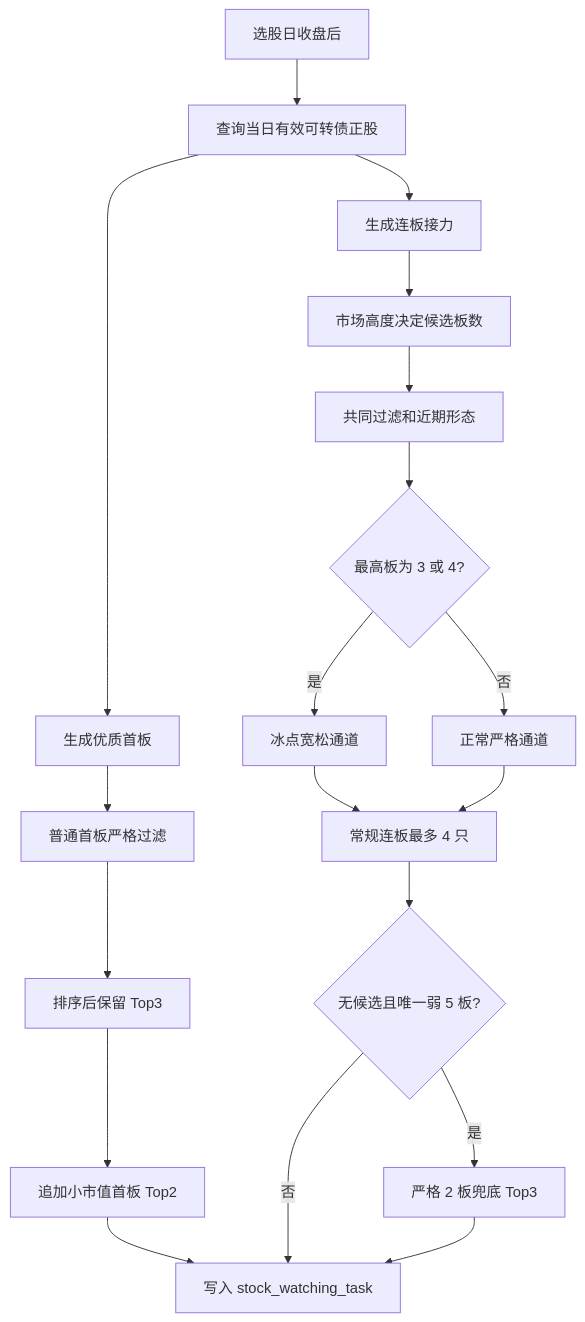
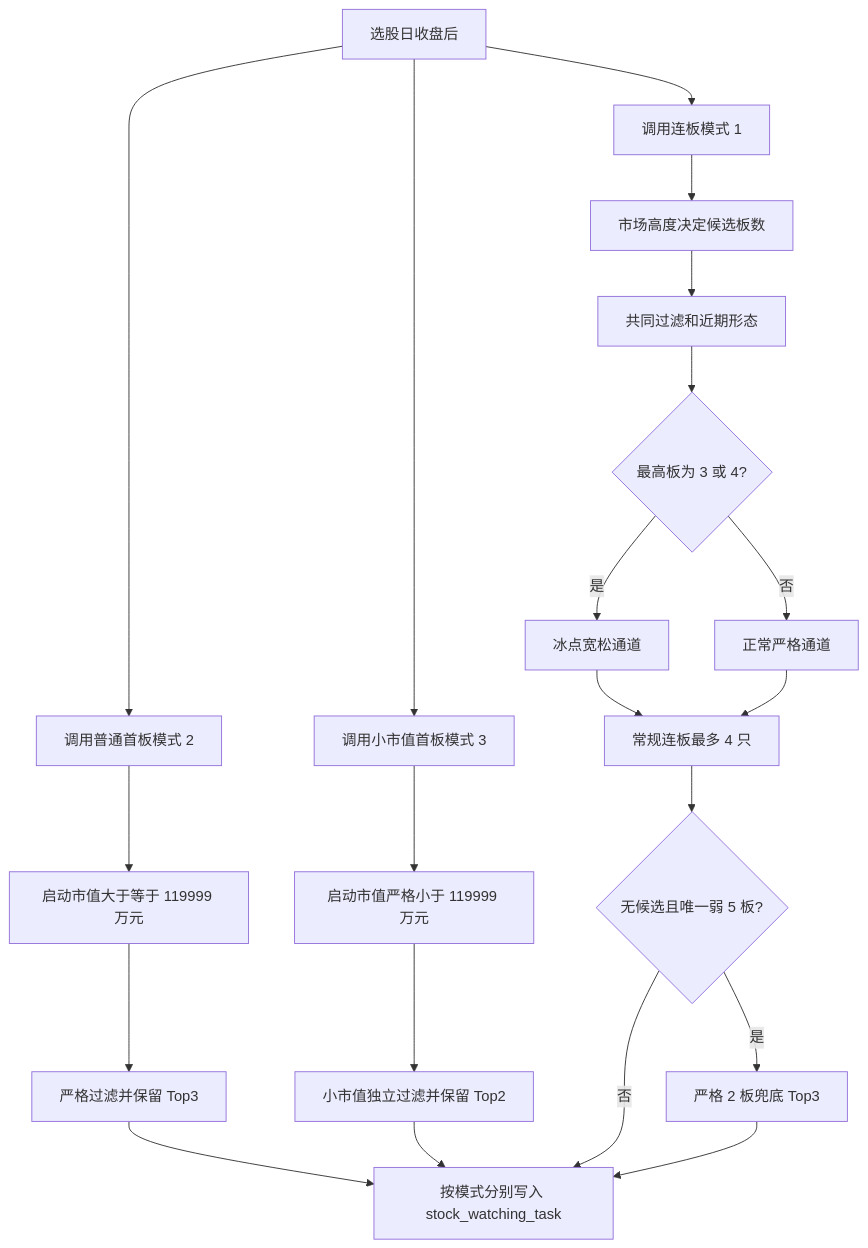
Before and after one commit to binbaobao/CompoundWonder-parent: the diagram in cw-app-backtest/docs/stock-selection-logic.md, drawn with Mermaid. The commit also changed other lines of this file and 27 other files, not shown here.

````diff
--- a/cw-app-backtest/docs/stock-selection-logic.md
+++ b/cw-app-backtest/docs/stock-selection-logic.md
@@ -32,21 +34,23 @@
 ```mermaid
 flowchart TD
-    A[选股日收盘后] --> B[查询当日有效可转债正股]
-    B --> C[生成优质首板]
-    B --> D[生成连板接力]
-    C --> C1[普通首板严格过滤]
-    C1 --> C2[排序后保留 Top3]
-    C2 --> C3[追加小市值首板 Top2]
+    A[选股日收盘后] --> D[调用连板模式 1]
+    A --> C[调用普通首板模式 2]
+    A --> S[调用小市值首板模式 3]
+    C --> C1[启动市值大于等于 119999 万元]
+    C1 --> C2[严格过滤并保留 Top3]
+    S --> S1[启动市值严格小于 119999 万元]
+    S1 --> S2[小市值独立过滤并保留 Top2]
     D --> D1[市场高度决定候选板数]
     D1 --> D2[共同过滤和近期形态]
     D2 --> D3{最高板为 3 或 4?}
     D3 -->|是| D4[冰点宽松通道]
     D3 -->|否| D5[正常严格通道]
     D4 --> D6[常规连板最多 4 只]
     D5 --> D6
     D6 --> D7{无候选且唯一弱 5 板?}
     D7 -->|是| D8[严格 2 板兜底 Top3]
-    C3 --> E[写入 stock_watching_task]
+    C2 --> E[按模式分别写入 stock_watching_task]
+    S2 --> E
     D7 -->|否| E
     D8 --> E
 ```
````
